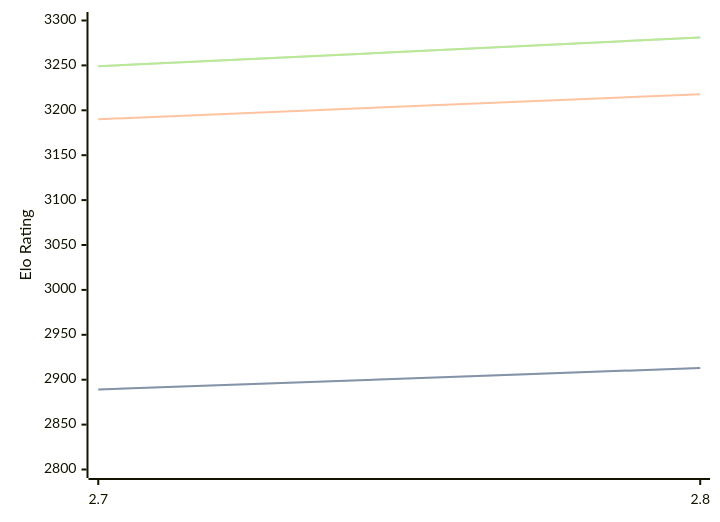
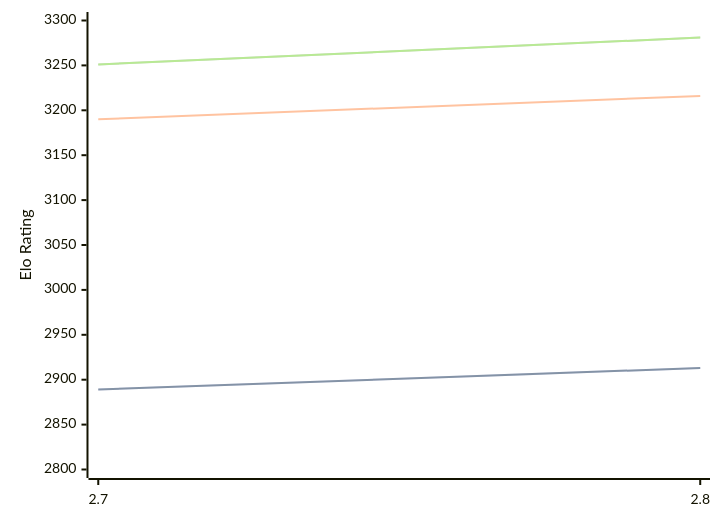
Before and after one commit to computer-chess-index/cci: the first of 3 diagrams in engines/Arcanum.md, drawn with Mermaid. The commit also changed other lines of this file, not shown here.

Commit message:
Update CCI Ratings (ELO VLTC) - 2026-07-11

````diff
--- a/engines/Arcanum.md
+++ b/engines/Arcanum.md
@@ -44,11 +44,11 @@
 ```mermaid
 %%{init: {"theme":"base","themeVariables":{"seriesColors:['#a3a3a3','#222221','#faa371']}}}%%
 xychart-beta
   x-axis ["2.7", "2.8"]
   y-axis "Elo Rating" 2800 --> 3300
   line "STC (8.0+0.08s)" [2889, 2913]
   line "STC (8.0+0.08s)" [2889, 2913]
-  line "LTC (60.0+0.60s)" [3190, 3218]
-  line "VLTC (2m24s+1.12s)" [3249, 3281]
-  line "VLTC (2m24s+1.12s)" [3249, 3281]
+  line "LTC (60.0+0.60s)" [3190, 3216]
+  line "VLTC (2m24s+1.12s)" [3251, 3281]
+  line "VLTC (2m24s+1.12s)" [3251, 3281]
 ```
````
